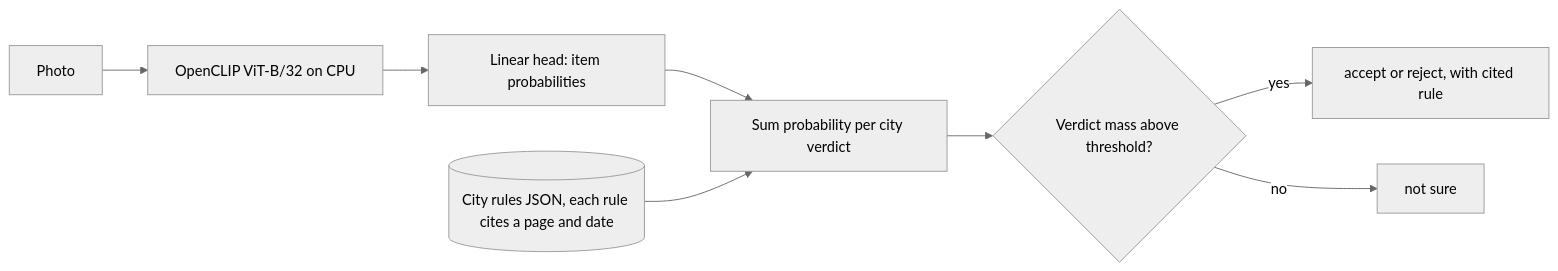
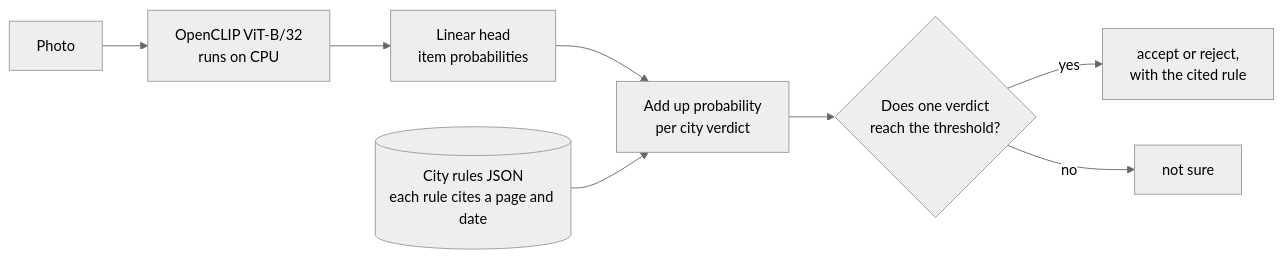
The diagram in README.md (Jean-Regis-M/curbcheck), drawn with Mermaid (neutral theme) before and after one commit. The commit also changed other lines of this file, not shown here.

````diff
--- a/README.md
+++ b/README.md
@@ -29,10 +86,10 @@
 ```mermaid
 flowchart LR
-  A[Photo] --> B[OpenCLIP ViT-B/32 on CPU]
-  B --> C[Linear head: item probabilities]
-  C --> D[Sum probability per city verdict]
-  R[(City rules JSON, each rule cites a page and date)] --> D
-  D --> E{Verdict mass above threshold?}
-  E -- yes --> F[accept or reject, with cited rule]
+  A[Photo] --> B[OpenCLIP ViT-B/32<br/>runs on CPU]
+  B --> C[Linear head<br/>item probabilities]
+  C --> D[Add up probability<br/>per city verdict]
+  R[(City rules JSON<br/>each rule cites a page and date)] --> D
+  D --> E{Does one verdict<br/>reach the threshold?}
+  E -- yes --> F[accept or reject,<br/>with the cited rule]
   E -- no --> G[not sure]
 ```
````
